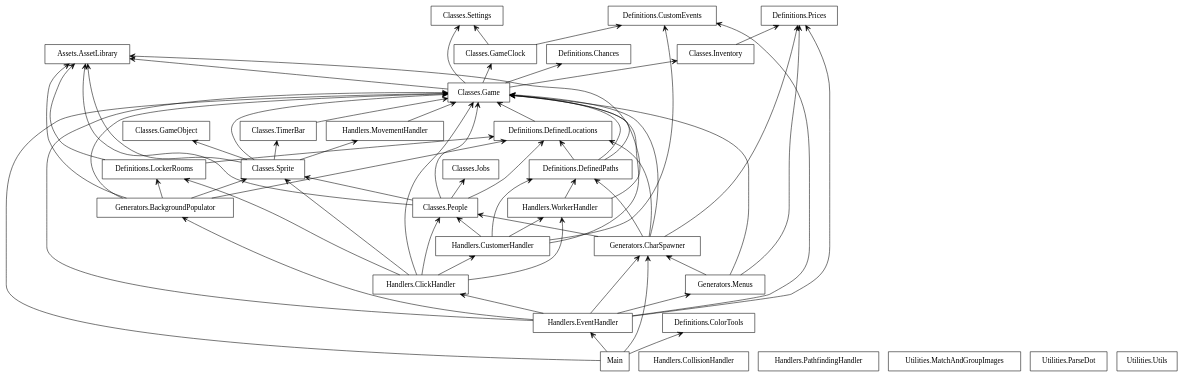
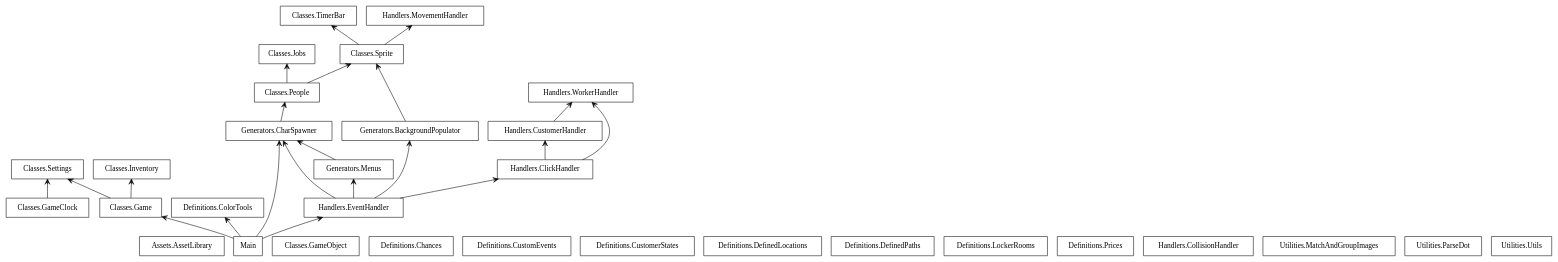
One commit to AedanM/PoppaPizza changed the diagram in Utilities/packages.dot. Above: the diagram before and after it, drawn with Graphviz. The commit also changed 29 other files, not shown here.

```diff
--- a/Utilities/packages.dot
+++ b/Utilities/packages.dot
@@ -1,98 +1,56 @@
 digraph "packages" {
 rankdir=BT
 charset="utf-8"
 "Assets.AssetLibrary" [color="black", label=<Assets.AssetLibrary>, shape="box", style="solid"];
 "Classes.Game" [color="black", label=<Classes.Game>, shape="box", style="solid"];
 "Classes.GameClock" [color="black", label=<Classes.GameClock>, shape="box", style="solid"];
 "Classes.GameObject" [color="black", label=<Classes.GameObject>, shape="box", style="solid"];
 "Classes.Inventory" [color="black", label=<Classes.Inventory>, shape="box", style="solid"];
 "Classes.Jobs" [color="black", label=<Classes.Jobs>, shape="box", style="solid"];
 "Classes.People" [color="black", label=<Classes.People>, shape="box", style="solid"];
 "Classes.Settings" [color="black", label=<Classes.Settings>, shape="box", style="solid"];
 "Classes.Sprite" [color="black", label=<Classes.Sprite>, shape="box", style="solid"];
 "Classes.TimerBar" [color="black", label=<Classes.TimerBar>, shape="box", style="solid"];
 "Definitions.Chances" [color="black", label=<Definitions.Chances>, shape="box", style="solid"];
 "Definitions.ColorTools" [color="black", label=<Definitions.ColorTools>, shape="box", style="solid"];
 "Definitions.CustomEvents" [color="black", label=<Definitions.CustomEvents>, shape="box", style="solid"];
+"Definitions.CustomerStates" [color="black", label=<Definitions.CustomerStates>, shape="box", style="solid"];
 "Definitions.DefinedLocations" [color="black", label=<Definitions.DefinedLocations>, shape="box", style="solid"];
 "Definitions.DefinedPaths" [color="black", label=<Definitions.DefinedPaths>, shape="box", style="solid"];
 "Definitions.LockerRooms" [color="black", label=<Definitions.LockerRooms>, shape="box", style="solid"];
 "Definitions.Prices" [color="black", label=<Definitions.Prices>, shape="box", style="solid"];
 "Generators.BackgroundPopulator" [color="black", label=<Generators.BackgroundPopulator>, shape="box", style="solid"];
 "Generators.CharSpawner" [color="black", label=<Generators.CharSpawner>, shape="box", style="solid"];
 "Generators.Menus" [color="black", label=<Generators.Menus>, shape="box", style="solid"];
 "Handlers.ClickHandler" [color="black", label=<Handlers.ClickHandler>, shape="box", style="solid"];
 "Handlers.CollisionHandler" [color="black", label=<Handlers.CollisionHandler>, shape="box", style="solid"];
 "Handlers.CustomerHandler" [color="black", label=<Handlers.CustomerHandler>, shape="box", style="solid"];
 "Handlers.EventHandler" [color="black", label=<Handlers.EventHandler>, shape="box", style="solid"];
 "Handlers.MovementHandler" [color="black", label=<Handlers.MovementHandler>, shape="box", style="solid"];
-"Handlers.PathfindingHandler" [color="black", label=<Handlers.PathfindingHandler>, shape="box", style="solid"];
 "Handlers.WorkerHandler" [color="black", label=<Handlers.WorkerHandler>, shape="box", style="solid"];
 "Main" [color="black", label=<Main>, shape="box", style="solid"];
 "Utilities.MatchAndGroupImages" [color="black", label=<Utilities.MatchAndGroupImages>, shape="box", style="solid"];
 "Utilities.ParseDot" [color="black", label=<Utilities.ParseDot>, shape="box", style="solid"];
 "Utilities.Utils" [color="black", label=<Utilities.Utils>, shape="box", style="solid"];
-"Classes.Game" -> "Assets.AssetLibrary" [arrowhead="open", arrowtail="none"];
-"Classes.Game" -> "Classes.GameClock" [arrowhead="open", arrowtail="none"];
 "Classes.Game" -> "Classes.Inventory" [arrowhead="open", arrowtail="none"];
 "Classes.Game" -> "Classes.Settings" [arrowhead="open", arrowtail="none"];
-"Classes.Game" -> "Definitions.Chances" [arrowhead="open", arrowtail="none"];
 "Classes.GameClock" -> "Classes.Settings" [arrowhead="open", arrowtail="none"];
-"Classes.GameClock" -> "Definitions.CustomEvents" [arrowhead="open", arrowtail="none"];
-"Classes.Inventory" -> "Definitions.Prices" [arrowhead="open", arrowtail="none"];
-"Classes.People" -> "Assets.AssetLibrary" [arrowhead="open", arrowtail="none"];
-"Classes.People" -> "Classes.Game" [arrowhead="open", arrowtail="none"];
 "Classes.People" -> "Classes.Jobs" [arrowhead="open", arrowtail="none"];
 "Classes.People" -> "Classes.Sprite" [arrowhead="open", arrowtail="none"];
-"Classes.People" -> "Definitions.DefinedLocations" [arrowhead="open", arrowtail="none"];
-"Classes.Sprite" -> "Assets.AssetLibrary" [arrowhead="open", arrowtail="none"];
-"Classes.Sprite" -> "Classes.Game" [arrowhead="open", arrowtail="none"];
-"Classes.Sprite" -> "Classes.GameObject" [arrowhead="open", arrowtail="none"];
 "Classes.Sprite" -> "Classes.TimerBar" [arrowhead="open", arrowtail="none"];
 "Classes.Sprite" -> "Handlers.MovementHandler" [arrowhead="open", arrowtail="none"];
-"Classes.TimerBar" -> "Classes.Game" [arrowhead="open", arrowtail="none"];
-"Definitions.DefinedLocations" -> "Classes.Game" [arrowhead="open", arrowtail="none"];
-"Definitions.DefinedPaths" -> "Assets.AssetLibrary" [arrowhead="open", arrowtail="none"];
-"Definitions.DefinedPaths" -> "Classes.Game" [arrowhead="open", arrowtail="none"];
-"Definitions.DefinedPaths" -> "Definitions.DefinedLocations" [arrowhead="open", arrowtail="none"];
-"Definitions.LockerRooms" -> "Assets.AssetLibrary" [arrowhead="open", arrowtail="none"];
-"Definitions.LockerRooms" -> "Definitions.DefinedLocations" [arrowhead="open", arrowtail="none"];
-"Generators.BackgroundPopulator" -> "Assets.AssetLibrary" [arrowhead="open", arrowtail="none"];
-"Generators.BackgroundPopulator" -> "Classes.Game" [arrowhead="open", arrowtail="none"];
 "Generators.BackgroundPopulator" -> "Classes.Sprite" [arrowhead="open", arrowtail="none"];
-"Generators.BackgroundPopulator" -> "Definitions.DefinedLocations" [arrowhead="open", arrowtail="none"];
-"Generators.BackgroundPopulator" -> "Definitions.LockerRooms" [arrowhead="open", arrowtail="none"];
-"Generators.CharSpawner" -> "Classes.Game" [arrowhead="open", arrowtail="none"];
 "Generators.CharSpawner" -> "Classes.People" [arrowhead="open", arrowtail="none"];
-"Generators.CharSpawner" -> "Definitions.DefinedLocations" [arrowhead="open", arrowtail="none"];
-"Generators.CharSpawner" -> "Definitions.DefinedPaths" [arrowhead="open", arrowtail="none"];
-"Generators.CharSpawner" -> "Definitions.Prices" [arrowhead="open", arrowtail="none"];
-"Generators.Menus" -> "Classes.Game" [arrowhead="open", arrowtail="none"];
-"Generators.Menus" -> "Definitions.Prices" [arrowhead="open", arrowtail="none"];
 "Generators.Menus" -> "Generators.CharSpawner" [arrowhead="open", arrowtail="none"];
-"Handlers.ClickHandler" -> "Classes.Game" [arrowhead="open", arrowtail="none"];
-"Handlers.ClickHandler" -> "Classes.People" [arrowhead="open", arrowtail="none"];
-"Handlers.ClickHandler" -> "Classes.Sprite" [arrowhead="open", arrowtail="none"];
-"Handlers.ClickHandler" -> "Definitions.LockerRooms" [arrowhead="open", arrowtail="none"];
 "Handlers.ClickHandler" -> "Handlers.CustomerHandler" [arrowhead="open", arrowtail="none"];
 "Handlers.ClickHandler" -> "Handlers.WorkerHandler" [arrowhead="open", arrowtail="none"];
-"Handlers.CustomerHandler" -> "Classes.Game" [arrowhead="open", arrowtail="none"];
-"Handlers.CustomerHandler" -> "Classes.People" [arrowhead="open", arrowtail="none"];
-"Handlers.CustomerHandler" -> "Definitions.CustomEvents" [arrowhead="open", arrowtail="none"];
-"Handlers.CustomerHandler" -> "Definitions.DefinedPaths" [arrowhead="open", arrowtail="none"];
 "Handlers.CustomerHandler" -> "Handlers.WorkerHandler" [arrowhead="open", arrowtail="none"];
-"Handlers.EventHandler" -> "Classes.Game" [arrowhead="open", arrowtail="none"];
-"Handlers.EventHandler" -> "Definitions.CustomEvents" [arrowhead="open", arrowtail="none"];
-"Handlers.EventHandler" -> "Definitions.Prices" [arrowhead="open", arrowtail="none"];
 "Handlers.EventHandler" -> "Generators.BackgroundPopulator" [arrowhead="open", arrowtail="none"];
 "Handlers.EventHandler" -> "Generators.CharSpawner" [arrowhead="open", arrowtail="none"];
 "Handlers.EventHandler" -> "Generators.Menus" [arrowhead="open", arrowtail="none"];
 "Handlers.EventHandler" -> "Handlers.ClickHandler" [arrowhead="open", arrowtail="none"];
-"Handlers.MovementHandler" -> "Classes.Game" [arrowhead="open", arrowtail="none"];
-"Handlers.WorkerHandler" -> "Classes.Game" [arrowhead="open", arrowtail="none"];
-"Handlers.WorkerHandler" -> "Definitions.DefinedPaths" [arrowhead="open", arrowtail="none"];
 "Main" -> "Classes.Game" [arrowhead="open", arrowtail="none"];
 "Main" -> "Definitions.ColorTools" [arrowhead="open", arrowtail="none"];
 "Main" -> "Generators.CharSpawner" [arrowhead="open", arrowtail="none"];
 "Main" -> "Handlers.EventHandler" [arrowhead="open", arrowtail="none"];
 }
```
